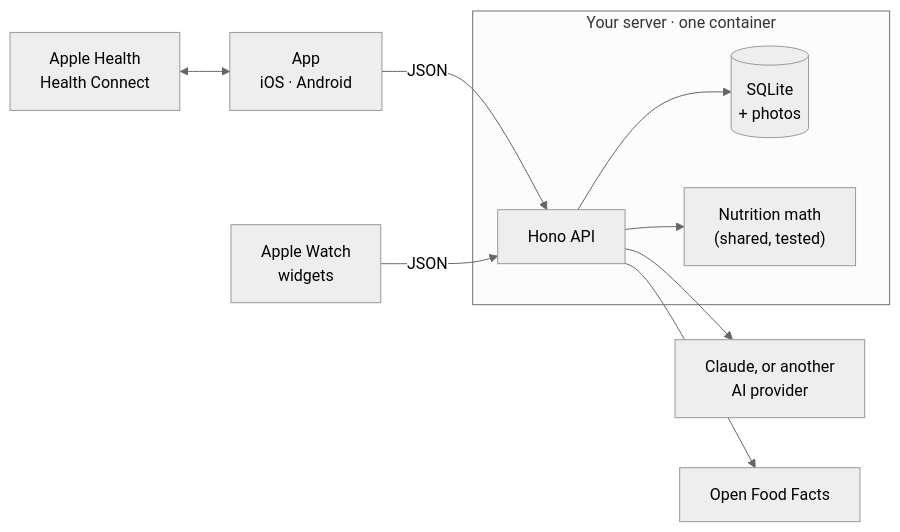
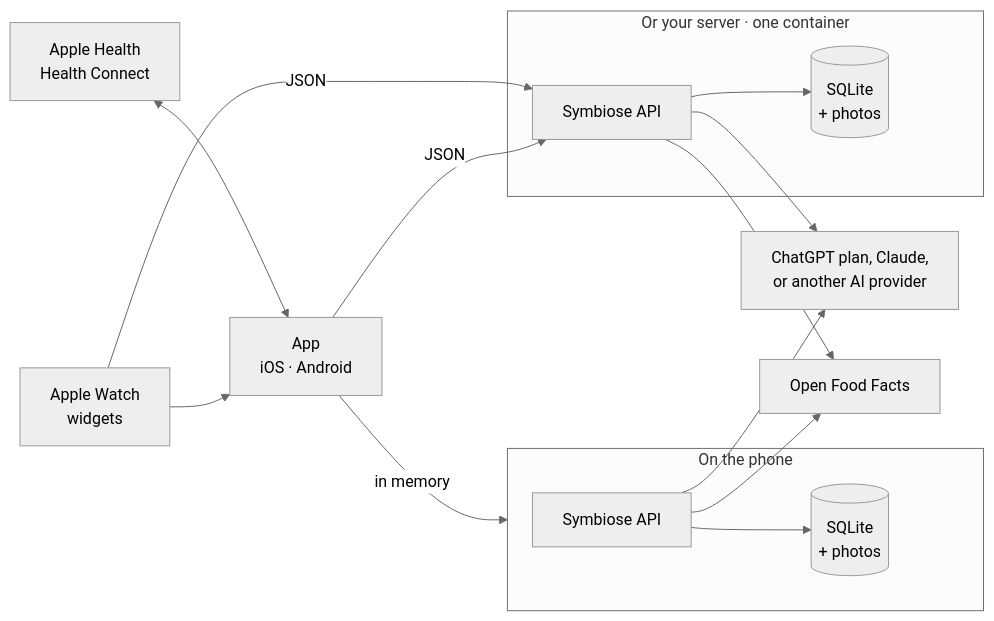
One commit to Synapsr/Symbiose changed the diagram in README.md. Above: the diagram before and after it, drawn with Mermaid (neutral theme). The commit also changed other lines of this file and 220 other files, not shown here.

````diff
--- a/README.md
+++ b/README.md
@@ -199,12 +222,18 @@
 ```mermaid
 flowchart LR
-  app["App<br/>iOS · Android"] -->|JSON| api
-  wrist["Apple Watch<br/>widgets"] -->|JSON| api
+  app["App<br/>iOS · Android"] -->|in memory| phone
+  app -->|JSON| api
+  wrist["Apple Watch<br/>widgets"] --> app
+  wrist -->|JSON| api
   health["Apple Health<br/>Health Connect"] <--> app
-  subgraph server["Your server · one container"]
-    api["Hono API"] --> db[("SQLite<br/>+ photos")]
-    api --> math["Nutrition math<br/>(shared, tested)"]
+  subgraph phone["On the phone"]
+    core1["Symbiose API"] --> db1[("SQLite<br/>+ photos")]
   end
-  api --> ai["Claude, or another<br/>AI provider"]
-  api --> off["Open Food Facts"]
+  subgraph server["Or your server · one container"]
+    api["Symbiose API"] --> db[("SQLite<br/>+ photos")]
+  end
+  core1 --> ai["ChatGPT plan, Claude,<br/>or another AI provider"]
+  api --> ai
+  core1 --> off["Open Food Facts"]
+  api --> off
 ```
````
